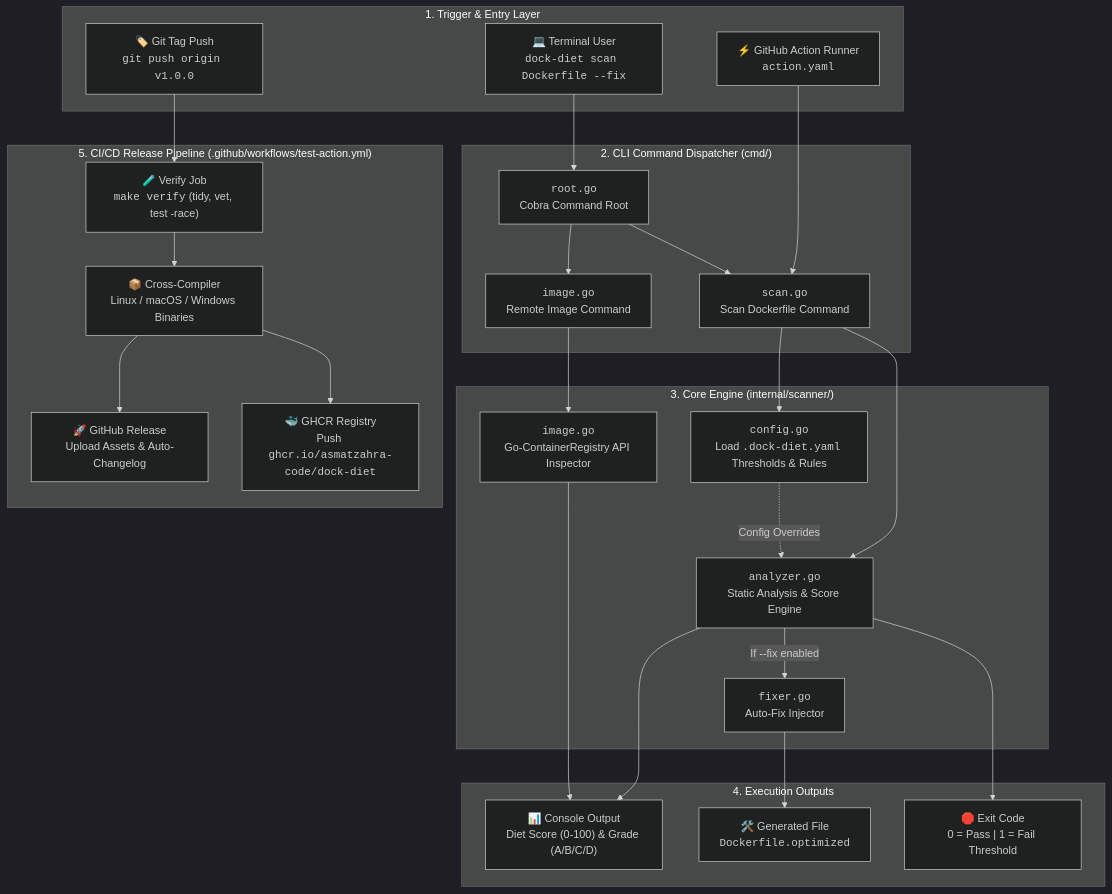
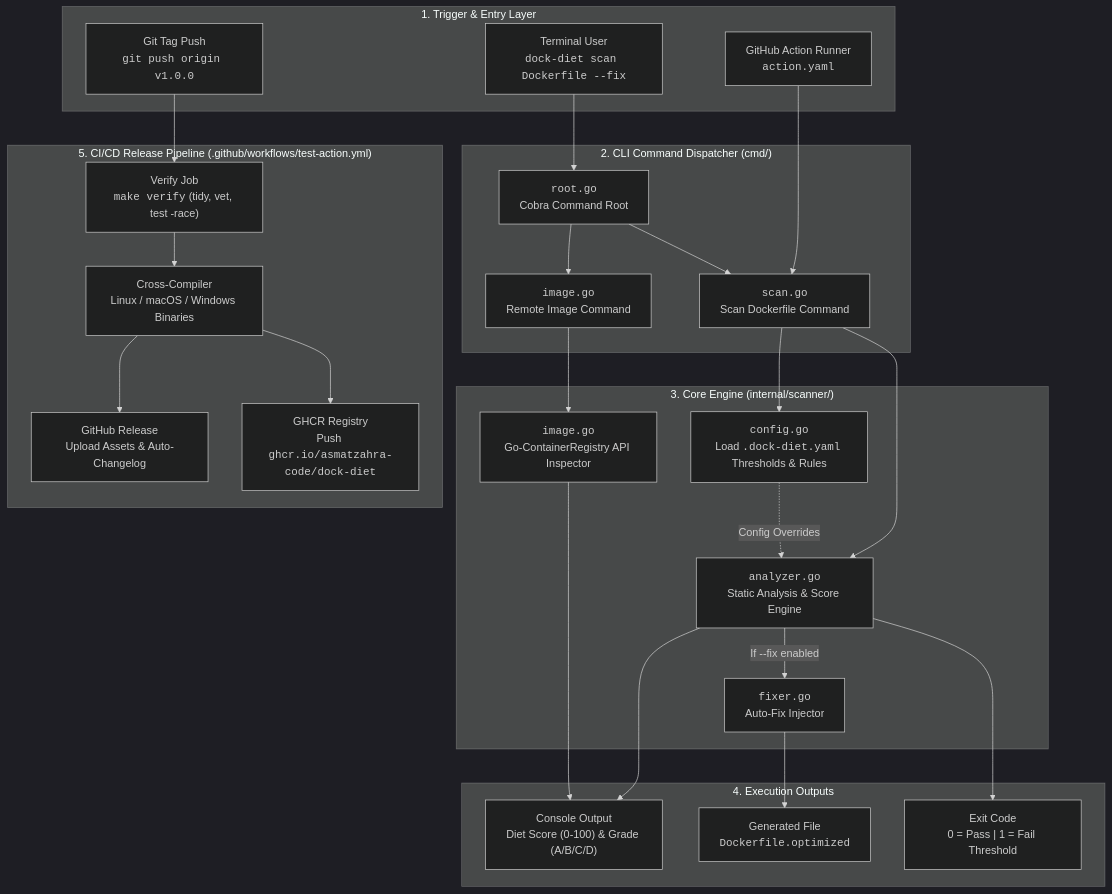
Before and after one commit to AsmatZahra-code/dock-diet: the diagram in README.md, drawn with Mermaid (dark theme). The commit also changed other lines of this file, not shown here.

````diff
--- a/README.md
+++ b/README.md
@@ -41,56 +41,56 @@
 ```mermaid
 graph TB
     subgraph TriggerLayer ["1. Trigger & Entry Layer"]
-        CLI_User["💻 Terminal User<br/><code>dock-diet scan Dockerfile --fix</code>"]
-        GHA_User["⚡ GitHub Action Runner<br/><code>action.yaml</code>"]
-        Tag_Push["🏷️ Git Tag Push<br/><code>git push origin v1.0.0</code>"]
+        CLI_User["Terminal User<br/><code>dock-diet scan Dockerfile --fix</code>"]
+        GHA_User["GitHub Action Runner<br/><code>action.yaml</code>"]
+        Tag_Push["Git Tag Push<br/><code>git push origin v1.0.0</code>"]
     end
 
     subgraph CommandLayer ["2. CLI Command Dispatcher (cmd/)"]
         RootCmd["<code>root.go</code><br/>Cobra Command Root"]
         ScanCmd["<code>scan.go</code><br/>Scan Dockerfile Command"]
         ImageCmd["<code>image.go</code><br/>Remote Image Command"]
     end
 
     subgraph ScannerCore ["3. Core Engine (internal/scanner/)"]
         ConfigLoader["<code>config.go</code><br/>Load <code>.dock-diet.yaml</code> Thresholds & Rules"]
         Analyzer["<code>analyzer.go</code><br/>Static Analysis & Score Engine"]
         Fixer["<code>fixer.go</code><br/>Auto-Fix Injector"]
         RemoteInspector["<code>image.go</code><br/>Go-ContainerRegistry API Inspector"]
     end
 
     subgraph OutputLayer ["4. Execution Outputs"]
-        Report["📊 Console Output<br/>Diet Score (0-100) & Grade (A/B/C/D)"]
-        OptFile["🛠️ Generated File<br/><code>Dockerfile.optimized</code>"]
-        ExitCode["🛑 Exit Code<br/>0 = Pass | 1 = Fail Threshold"]
+        Report["Console Output<br/>Diet Score (0-100) & Grade (A/B/C/D)"]
+        OptFile["Generated File<br/><code>Dockerfile.optimized</code>"]
+        ExitCode["Exit Code<br/>0 = Pass | 1 = Fail Threshold"]
     end
 
     subgraph ReleasePipeline ["5. CI/CD Release Pipeline (.github/workflows/test-action.yml)"]
-        VerifyJob["🧪 Verify Job<br/><code>make verify</code> (tidy, vet, test -race)"]
-        BuildBinaries["📦 Cross-Compiler<br/>Linux / macOS / Windows Binaries"]
-        GHRelease["🚀 GitHub Release<br/>Upload Assets & Auto-Changelog"]
-        GHCRPush["🐳 GHCR Registry<br/>Push <code>ghcr.io/asmatzahra-code/dock-diet</code>"]
+        VerifyJob["Verify Job<br/><code>make verify</code> (tidy, vet, test -race)"]
+        BuildBinaries["Cross-Compiler<br/>Linux / macOS / Windows Binaries"]
+        GHRelease["GitHub Release<br/>Upload Assets & Auto-Changelog"]
+        GHCRPush["GHCR Registry<br/>Push <code>ghcr.io/asmatzahra-code/dock-diet</code>"]
     end
 
     CLI_User --> RootCmd
     GHA_User --> ScanCmd
     RootCmd --> ScanCmd
     RootCmd --> ImageCmd
 
     ScanCmd --> ConfigLoader
     ScanCmd --> Analyzer
     ConfigLoader -.->|Config Overrides| Analyzer
     Analyzer -->|If --fix enabled| Fixer
     Fixer --> OptFile
 
     ImageCmd --> RemoteInspector
 
     Analyzer --> Report
     Analyzer --> ExitCode
     RemoteInspector --> Report
 
     Tag_Push --> VerifyJob
     VerifyJob --> BuildBinaries
     BuildBinaries --> GHRelease
     BuildBinaries --> GHCRPush
 ```
````
